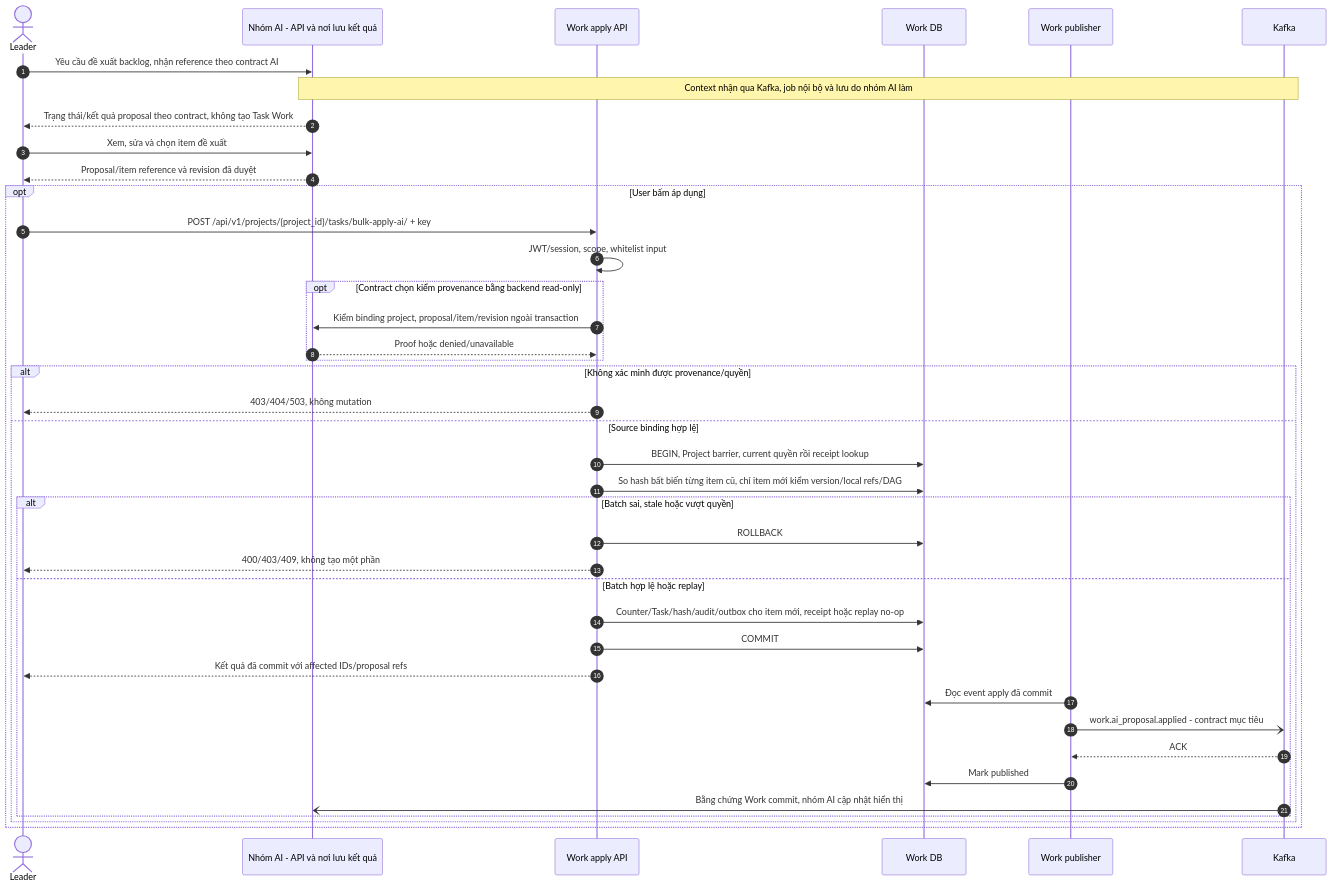
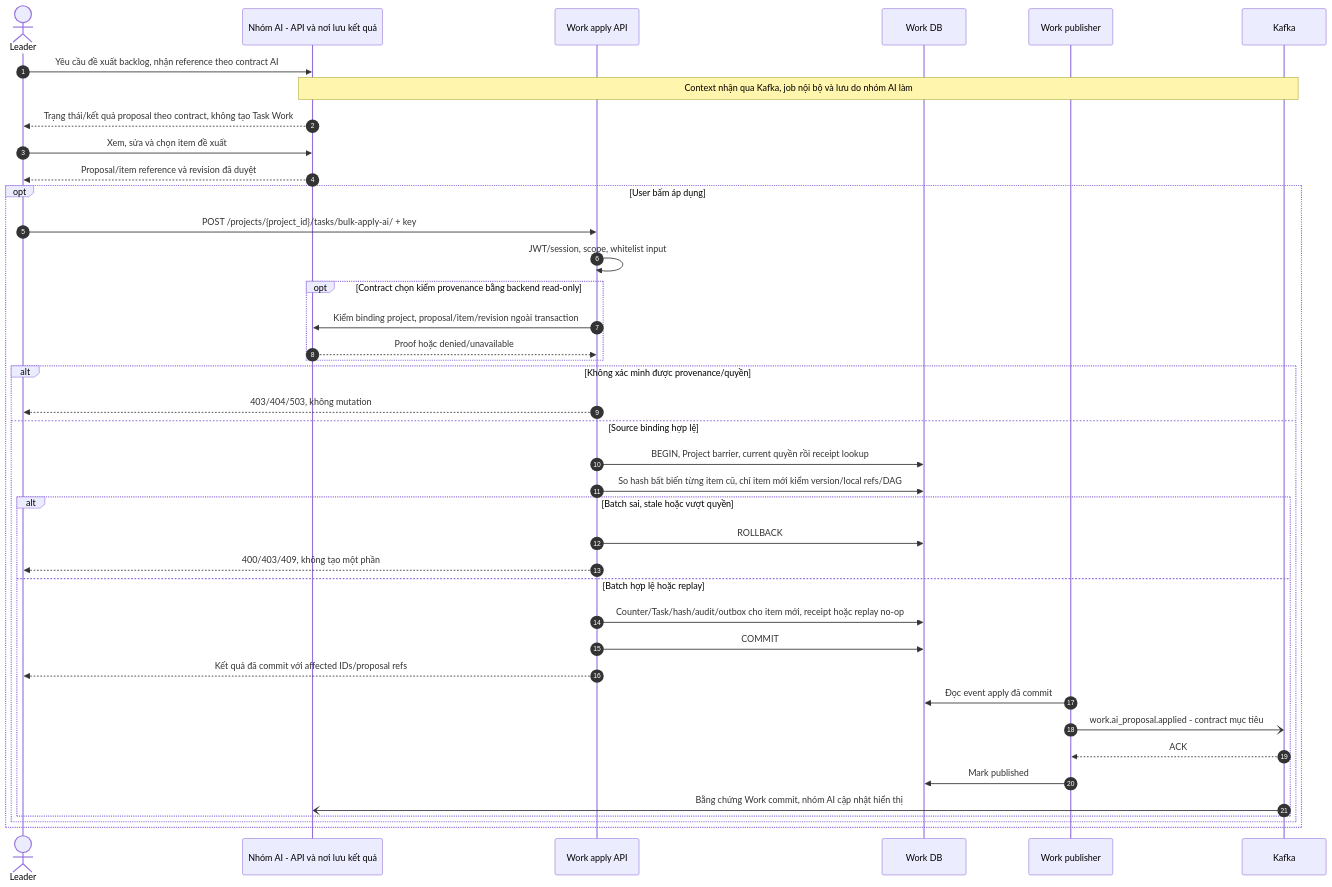
Before and after one commit to TriNguyenThanh/UTask: the sixth of 12 diagrams in docs/diagram/work-service/sequence.md, drawn with Mermaid. The commit also changed other lines of this file and 68 other files, not shown here.

````diff
--- a/docs/diagram/work-service/sequence.md
+++ b/docs/diagram/work-service/sequence.md
@@ -213,42 +213,42 @@
 ```mermaid
 sequenceDiagram
     autonumber
     actor L as Leader
     participant AI as Nhóm AI - API và nơi lưu kết quả
     participant W as Work apply API
     participant D as Work DB
     participant Pub as Work publisher
     participant K as Kafka
     L->>AI: Yêu cầu đề xuất backlog, nhận reference theo contract AI
     Note over AI,K: Context nhận qua Kafka, job nội bộ và lưu do nhóm AI làm
     AI-->>L: Trạng thái/kết quả proposal theo contract, không tạo Task Work
     L->>AI: Xem, sửa và chọn item đề xuất
     AI-->>L: Proposal/item reference và revision đã duyệt
     opt User bấm áp dụng
-        L->>W: POST /api/v1/projects/{project_id}/tasks/bulk-apply-ai/ + key
+        L->>W: POST /projects/{project_id}/tasks/bulk-apply-ai/ + key
         W->>W: JWT/session, scope, whitelist input
         opt Contract chọn kiểm provenance bằng backend read-only
             W->>AI: Kiểm binding project, proposal/item/revision ngoài transaction
             AI-->>W: Proof hoặc denied/unavailable
         end
         alt Không xác minh được provenance/quyền
             W-->>L: 403/404/503, không mutation
         else Source binding hợp lệ
             W->>D: BEGIN, Project barrier, current quyền rồi receipt lookup
             W->>D: So hash bất biến từng item cũ, chỉ item mới kiểm version/local refs/DAG
             alt Batch sai, stale hoặc vượt quyền
                 W->>D: ROLLBACK
                 W-->>L: 400/403/409, không tạo một phần
             else Batch hợp lệ hoặc replay
                 W->>D: Counter/Task/hash/audit/outbox cho item mới, receipt hoặc replay no-op
                 W->>D: COMMIT
                 W-->>L: Kết quả đã commit với affected IDs/proposal refs
                 Pub->>D: Đọc event apply đã commit
                 Pub-)K: work.ai_proposal.applied - contract mục tiêu
                 K-->>Pub: ACK
                 Pub->>D: Mark published
                 K-)AI: Bằng chứng Work commit, nhóm AI cập nhật hiển thị
             end
         end
     end
 ```
````
